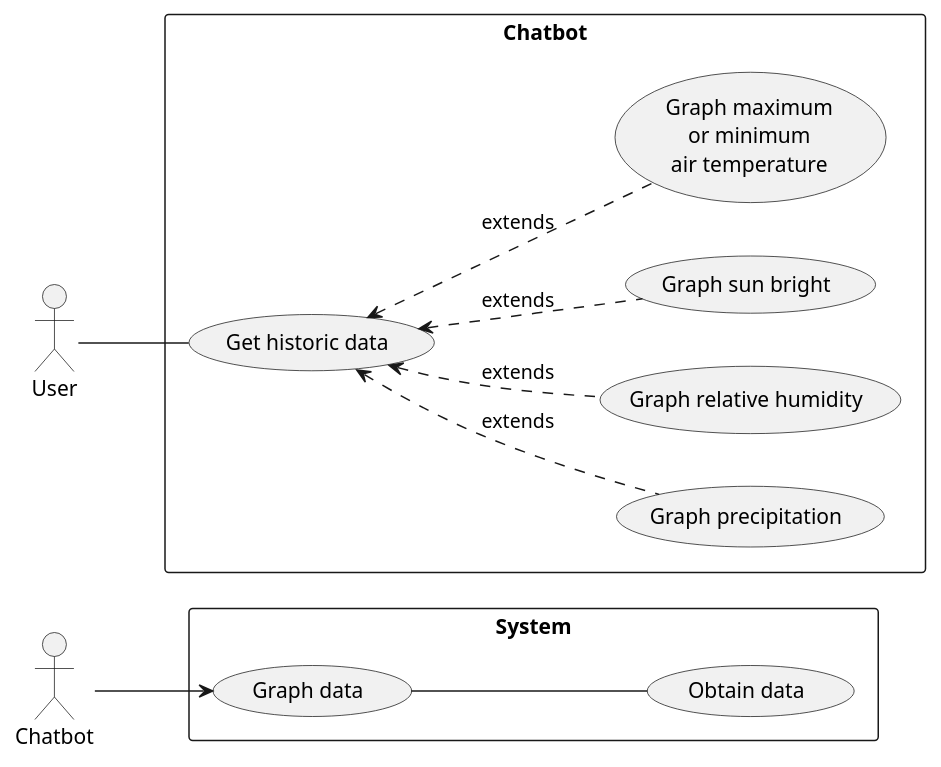
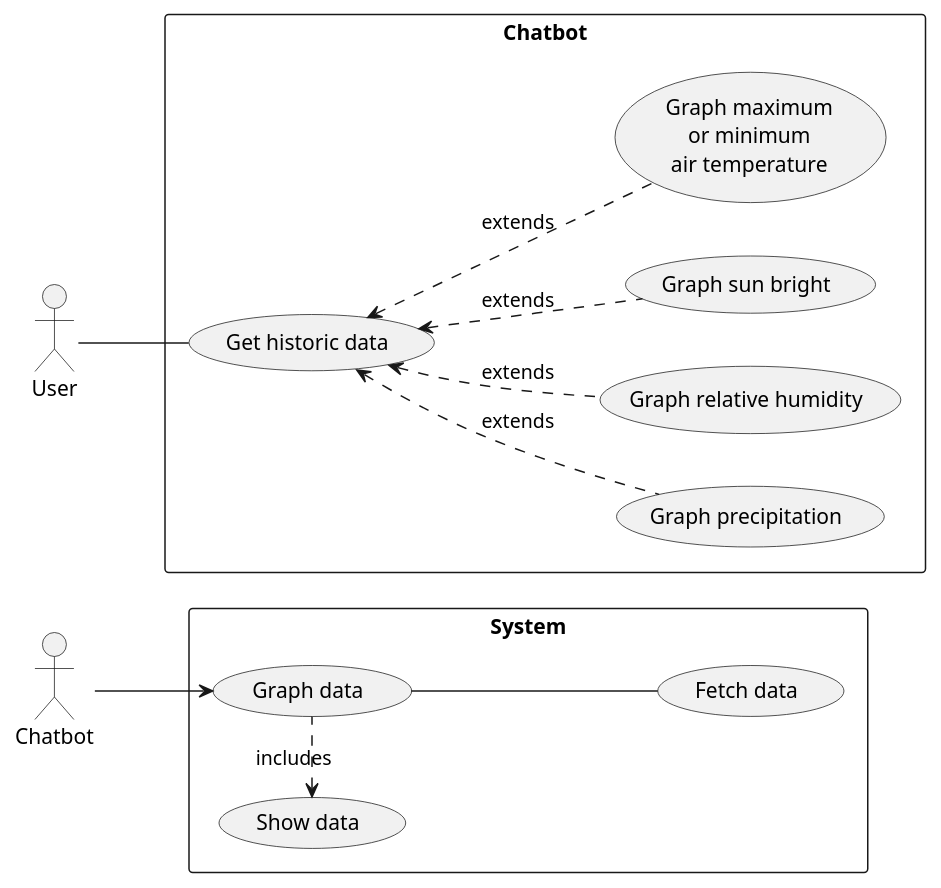
One commit to Ataches/MiCosecha_Design changed the diagram in Use_cases/Use_case_chatbot.puml. Above: the diagram before and after it, drawn with PlantUML. The commit also changed 2 other files, not shown here.

```diff
--- a/Use_cases/Use_case_chatbot.puml
+++ b/Use_cases/Use_case_chatbot.puml
@@ -1,33 +1,35 @@
 @startuml
 'https://plantuml.com/use-case-diagram
 left to right direction
 skinparam packageStyle rect
 
 actor Chatbot as chat
 actor User as user
 
 package Chatbot{
     (Graph precipitation) as prec
     (Graph relative humidity) as rhum
     (Graph sun bright) as sbright
     (Graph maximum\nor minimum\nair temperature) as (temp)
 
     (Get historic data) as historic
 
     user -- historic
 
     historic <.. prec :extends
     historic <.. rhum :extends
     historic <.. sbright :extends
     historic <.. temp :extends
 }
 
 package System{
     (Graph data) as graph
-    (Obtain data) as obtain
+    (Show data) as show_data
+    (Fetch data) as fetch
 
-    graph -- obtain
+    show_data <. graph :includes
+    graph -- fetch
 }
 
 chat --> graph
 @enduml
```
